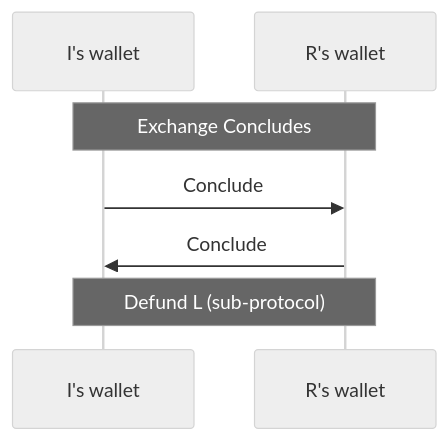
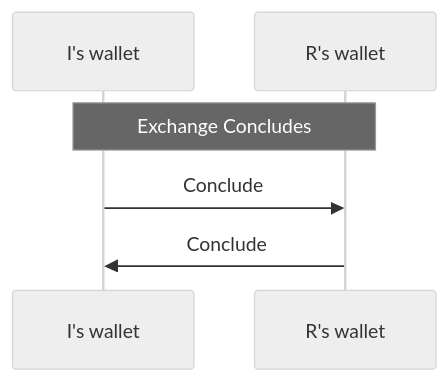
One commit to magmo/apps changed the diagram in packages/wallet/src/redux/protocols/concluding/readme.md. Above: the diagram before and after it, drawn with Mermaid (neutral theme). The commit also changed other lines of this file and 2 other files, not shown here.

````diff
--- a/packages/wallet/src/redux/protocols/concluding/readme.md
+++ b/packages/wallet/src/redux/protocols/concluding/readme.md
@@ -15,10 +15,8 @@
 ```mermaid
 sequenceDiagram
   participant I as I's wallet
   participant R as R's wallet
   Note  over I, R: Exchange Concludes
   I->>R: Conclude
   R->>I: Conclude
-  Note  over I, R: Defund L (sub-protocol)
-
 ```
````
